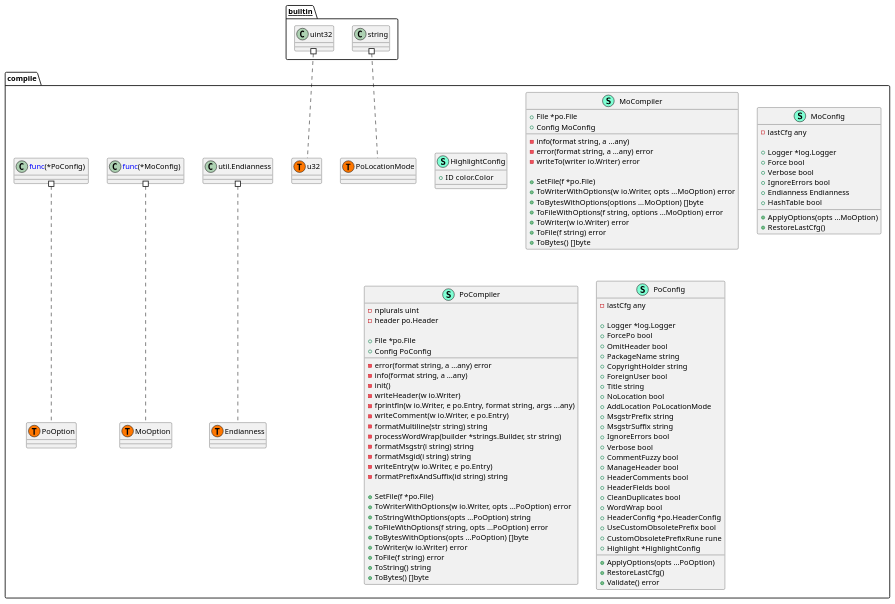
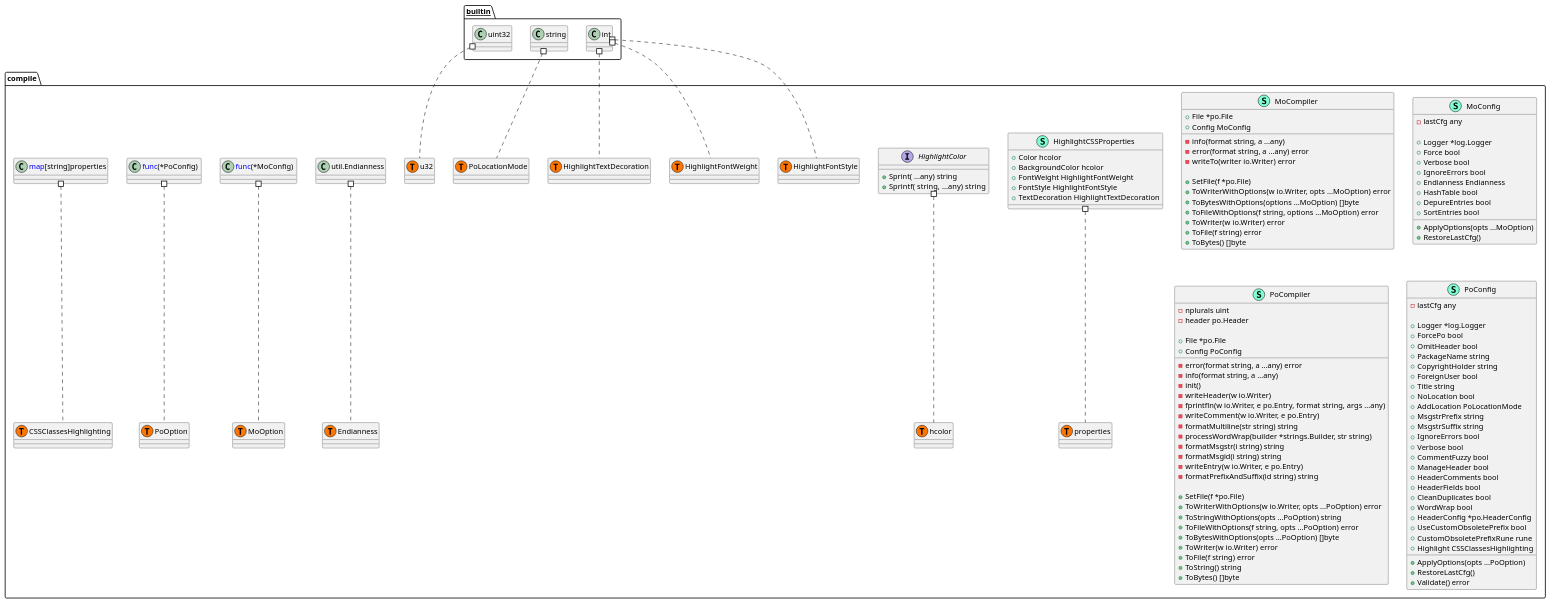
Before and after one commit to Tom5521/gotext-tools: the diagram in pkg/po/compile/structure.puml, drawn with PlantUML. The commit also changed 1 other file, not shown here.

```diff
--- a/pkg/po/compile/structure.puml
+++ b/pkg/po/compile/structure.puml
@@ -1,122 +1,151 @@
 @startuml
 namespace compile {
-    class HighlightConfig << (S,Aquamarine) >> {
-        + ID color.Color
+    class HighlightCSSProperties << (S,Aquamarine) >> {
+        + Color hcolor
+        + BackgroundColor hcolor
+        + FontWeight HighlightFontWeight
+        + FontStyle HighlightFontStyle
+        + TextDecoration HighlightTextDecoration
+
+    }
+    interface HighlightColor  {
+        + Sprint( ...any) string
+        + Sprintf( string,  ...any) string
 
     }
     class MoCompiler << (S,Aquamarine) >> {
         + File *po.File
         + Config MoConfig
 
         - info(format string, a ...any) 
         - error(format string, a ...any) error
         - writeTo(writer io.Writer) error
 
         + SetFile(f *po.File) 
         + ToWriterWithOptions(w io.Writer, opts ...MoOption) error
         + ToBytesWithOptions(options ...MoOption) []byte
         + ToFileWithOptions(f string, options ...MoOption) error
         + ToWriter(w io.Writer) error
         + ToFile(f string) error
         + ToBytes() []byte
 
     }
     class MoConfig << (S,Aquamarine) >> {
         - lastCfg any
 
         + Logger *log.Logger
         + Force bool
         + Verbose bool
         + IgnoreErrors bool
         + Endianness Endianness
         + HashTable bool
+        + DepureEntries bool
+        + SortEntries bool
 
         + ApplyOptions(opts ...MoOption) 
         + RestoreLastCfg() 
 
     }
     class PoCompiler << (S,Aquamarine) >> {
         - nplurals uint
         - header po.Header
 
         + File *po.File
         + Config PoConfig
 
         - error(format string, a ...any) error
         - info(format string, a ...any) 
         - init() 
         - writeHeader(w io.Writer) 
         - fprintfln(w io.Writer, e po.Entry, format string, args ...any) 
         - writeComment(w io.Writer, e po.Entry) 
         - formatMultiline(str string) string
         - processWordWrap(builder *strings.Builder, str string) 
         - formatMsgstr(i string) string
         - formatMsgid(i string) string
         - writeEntry(w io.Writer, e po.Entry) 
         - formatPrefixAndSuffix(id string) string
 
         + SetFile(f *po.File) 
         + ToWriterWithOptions(w io.Writer, opts ...PoOption) error
         + ToStringWithOptions(opts ...PoOption) string
         + ToFileWithOptions(f string, opts ...PoOption) error
         + ToBytesWithOptions(opts ...PoOption) []byte
         + ToWriter(w io.Writer) error
         + ToFile(f string) error
         + ToString() string
         + ToBytes() []byte
 
     }
     class PoConfig << (S,Aquamarine) >> {
         - lastCfg any
 
         + Logger *log.Logger
         + ForcePo bool
         + OmitHeader bool
         + PackageName string
         + CopyrightHolder string
         + ForeignUser bool
         + Title string
         + NoLocation bool
         + AddLocation PoLocationMode
         + MsgstrPrefix string
         + MsgstrSuffix string
         + IgnoreErrors bool
         + Verbose bool
         + CommentFuzzy bool
         + ManageHeader bool
         + HeaderComments bool
         + HeaderFields bool
         + CleanDuplicates bool
         + WordWrap bool
         + HeaderConfig *po.HeaderConfig
         + UseCustomObsoletePrefix bool
         + CustomObsoletePrefixRune rune
-        + Highlight *HighlightConfig
+        + Highlight CSSClassesHighlighting
 
         + ApplyOptions(opts ...PoOption) 
         + RestoreLastCfg() 
         + Validate() error
 
     }
+    class compile.CSSClassesHighlighting << (T, #FF7700) >>  {
+    }
     class compile.Endianness << (T, #FF7700) >>  {
+    }
+    class compile.HighlightFontStyle << (T, #FF7700) >>  {
+    }
+    class compile.HighlightFontWeight << (T, #FF7700) >>  {
+    }
+    class compile.HighlightTextDecoration << (T, #FF7700) >>  {
     }
     class compile.MoOption << (T, #FF7700) >>  {
     }
     class compile.PoLocationMode << (T, #FF7700) >>  {
     }
     class compile.PoOption << (T, #FF7700) >>  {
+    }
+    class compile.hcolor << (T, #FF7700) >>  {
+    }
+    class compile.properties << (T, #FF7700) >>  {
     }
     class compile.u32 << (T, #FF7700) >>  {
     }
     class "util.Endianness" as utilEndianness {
         'This class was created so that we can correctly have an alias pointing to this name. Since it contains dots that can break namespaces
     }
 }
 
 
+"__builtin__.int" #.. "compile.HighlightFontStyle"
+"__builtin__.int" #.. "compile.HighlightFontWeight"
+"__builtin__.int" #.. "compile.HighlightTextDecoration"
 "__builtin__.string" #.. "compile.PoLocationMode"
 "__builtin__.uint32" #.. "compile.u32"
 "compile.<font color=blue>func</font>(*MoConfig) " #.. "compile.MoOption"
 "compile.<font color=blue>func</font>(*PoConfig) " #.. "compile.PoOption"
+"compile.<font color=blue>map</font>[string]properties" #.. "compile.CSSClassesHighlighting"
+"compile.HighlightCSSProperties" #.. "compile.properties"
+"compile.HighlightColor" #.. "compile.hcolor"
 "compile.utilEndianness" #.. "compile.Endianness"
 @enduml
```
